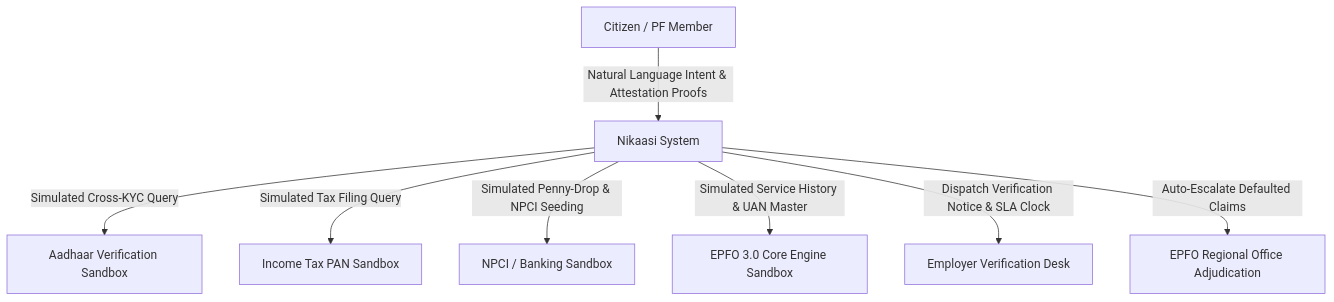
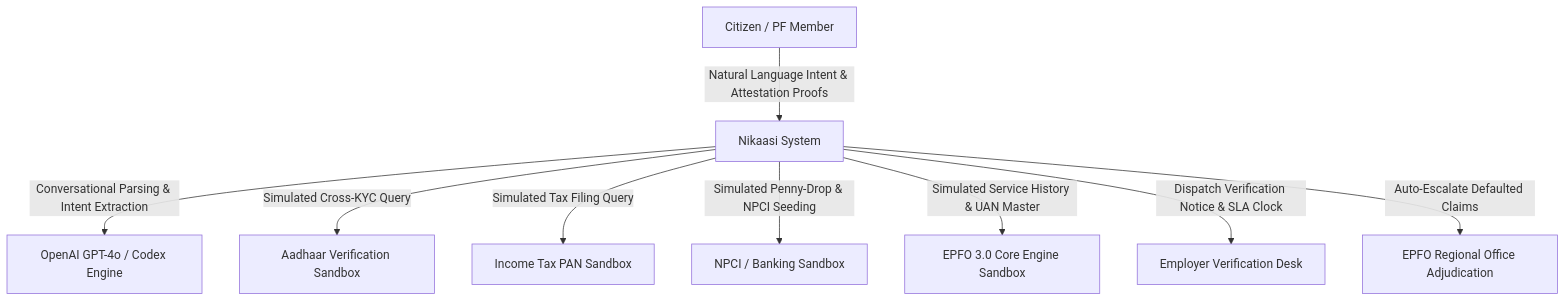
Before and after one commit to archittmittal/Nikaasi: the first of 3 diagrams in docs/ARCHITECTURE.md, drawn with Mermaid. The commit also changed other lines of this file and 3 other files, not shown here.

````diff
--- a/docs/ARCHITECTURE.md
+++ b/docs/ARCHITECTURE.md
@@ -30,12 +31,14 @@
 ```mermaid
 graph TD
     Citizen[Citizen / PF Member] -->|Natural Language Intent & Attestation Proofs| Nikaasi[Nikaasi System]
+    
+    Nikaasi -->|Conversational Parsing & Intent Extraction| OpenAI[OpenAI GPT-4o / Codex Engine]
     
     Nikaasi -->|Simulated Cross-KYC Query| AadhaarSandbox[Aadhaar Verification Sandbox]
     Nikaasi -->|Simulated Tax Filing Query| PANSandbox[Income Tax PAN Sandbox]
     Nikaasi -->|Simulated Penny-Drop & NPCI Seeding| BankSandbox[NPCI / Banking Sandbox]
     Nikaasi -->|Simulated Service History & UAN Master| EPFOSandbox[EPFO 3.0 Core Engine Sandbox]
     
     Nikaasi -->|Dispatch Verification Notice & SLA Clock| EmployerDesk[Employer Verification Desk]
     Nikaasi -->|Auto-Escalate Defaulted Claims| FieldOffice[EPFO Regional Office Adjudication]
 ```
````
